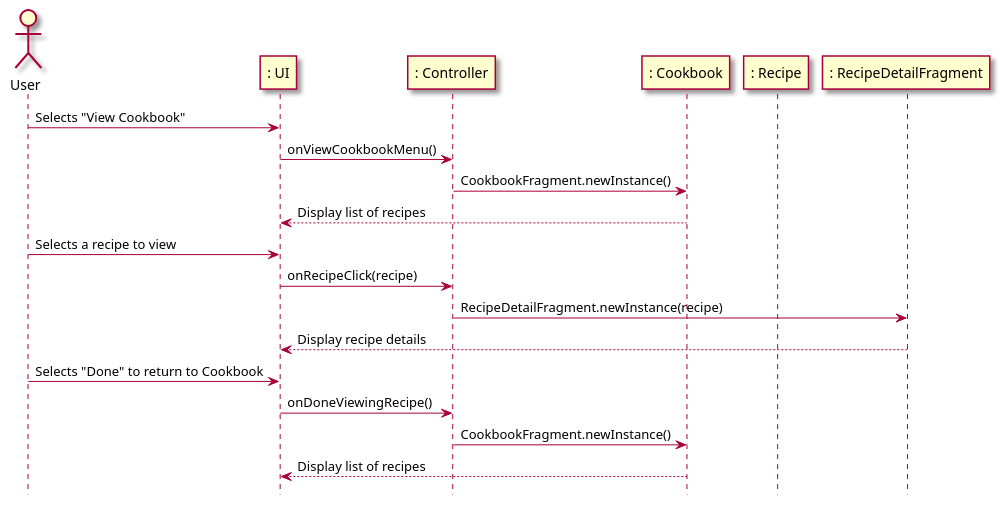
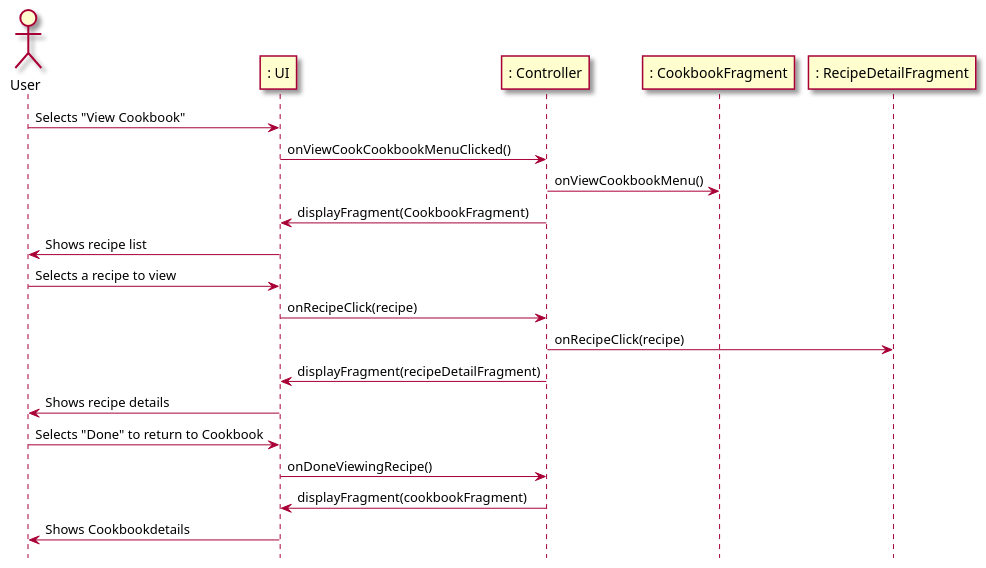
The second of 2 diagrams in intellij/doc/use-cases/view_recipe.md (berthashipper/Pantry-Pal-Android-Application), drawn with PlantUML before and after one commit.

````diff
--- a/intellij/doc/use-cases/view_recipe.md
+++ b/intellij/doc/use-cases/view_recipe.md
@@ -60,30 +60,31 @@
 ```plantuml
 @startuml
 skin rose
 
 hide footbox
 
 actor User as user
 participant ": UI" as ui
 participant ": Controller" as cont
-participant ": Cookbook" as cookbook
-participant ": Recipe" as recipe
-participant ": RecipeDetailFragment" as recipeDetailFragment
+participant ": CookbookFragment" as cf
+participant ": RecipeDetailFragment" as rdf
 
 user -> ui : Selects "View Cookbook"
-ui -> cont : onViewCookbookMenu()
-cont -> cookbook : CookbookFragment.newInstance()
-cookbook --> ui : Display list of recipes
+ui -> cont : onViewCookCookbookMenuClicked()
+cont -> cf: onViewCookbookMenu()
+cont -> ui: displayFragment(CookbookFragment)
+ui -> user: Shows recipe list
 
 user -> ui : Selects a recipe to view
-ui -> cont : onRecipeClick(recipe)
-cont -> recipeDetailFragment : RecipeDetailFragment.newInstance(recipe)
-recipeDetailFragment --> ui : Display recipe details
+ui -> cont: onRecipeClick(recipe)
+cont -> rdf: onRecipeClick(recipe)
+cont -> ui: displayFragment(recipeDetailFragment)
+ui -> user: Shows recipe details
 
 user -> ui : Selects "Done" to return to Cookbook
 ui -> cont : onDoneViewingRecipe()
-cont -> cookbook : CookbookFragment.newInstance()
-cookbook --> ui : Display list of recipes
+cont -> ui: displayFragment(cookbookFragment)
+ui -> user: Shows Cookbookdetails
 
 @enduml
 ```
````
